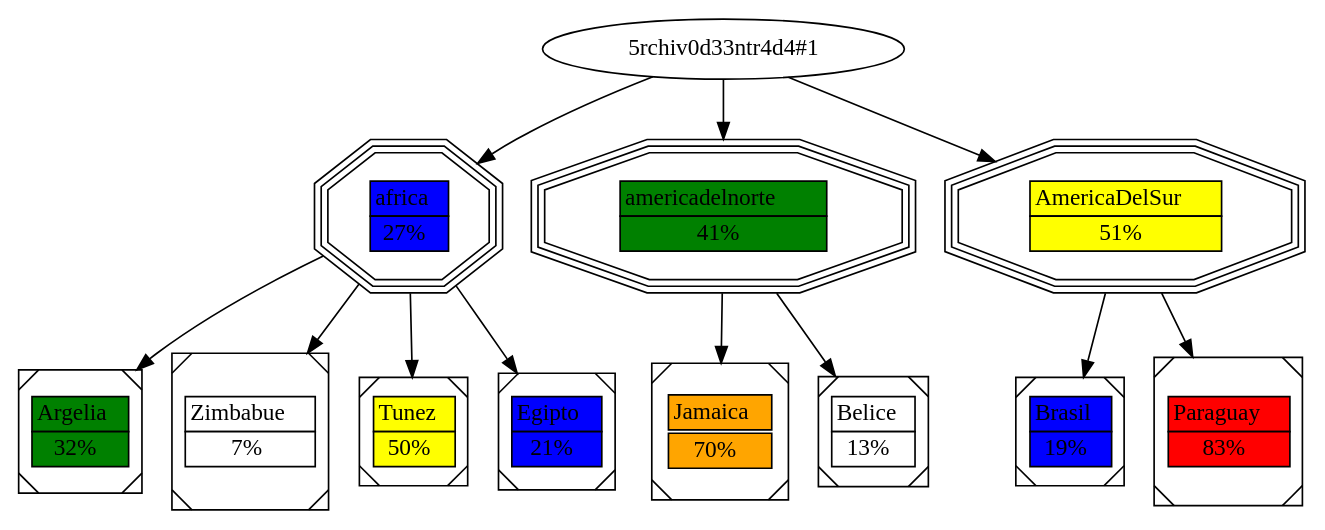
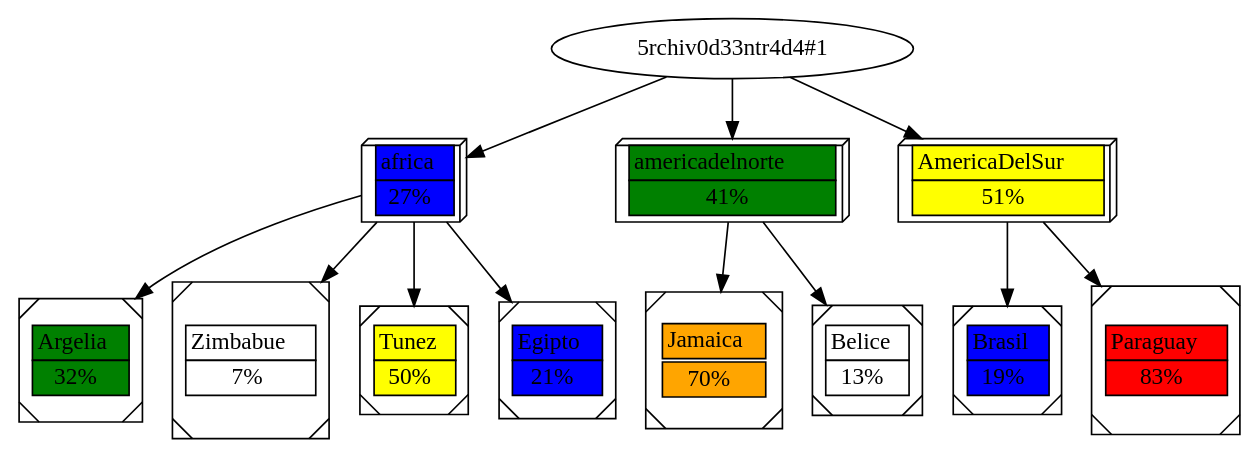
The diagram in graph.dot (C-arl-os/-LFP-2S24Proyectos_202201131), drawn with Graphviz before and after one commit. The commit also changed 267 other files, not shown here.

```diff
--- a/graph.dot
+++ b/graph.dot
@@ -1,32 +1,32 @@
 digraph G {
 "5rchiv0d33ntr4d4#1" -> "africa"
 Argelia[label=<<table border="0" cellborder="1" cellspacing="0"><tr><td bgcolor="green">Argelia</td></tr><tr><td bgcolor="green">32%</td></tr></table>>, shape=Msquare];
 africa -> Argelia
 
 Zimbabue[label=<<table border="0" cellborder="1" cellspacing="0"><tr><td bgcolor="white">Zimbabue</td></tr><tr><td bgcolor="white">7%</td></tr></table>>, shape=Msquare];
 africa -> Zimbabue
 
 Tunez[label=<<table border="0" cellborder="1" cellspacing="0"><tr><td bgcolor="yellow">Tunez</td></tr><tr><td bgcolor="yellow">50%</td></tr></table>>, shape=Msquare];
 africa -> Tunez
 
 Egipto[label=<<table border="0" cellborder="1" cellspacing="0"><tr><td bgcolor="blue">Egipto</td></tr><tr><td bgcolor="blue">21%</td></tr></table>>, shape=Msquare];
 africa -> Egipto
 
-africa[label=<<table border="0" cellborder="1" cellspacing="0"><tr><td bgcolor="blue">africa</td></tr><tr><td bgcolor="blue">27%</td></tr></table>>, shape=tripleoctagon];
+africa[label=<<table border="0" cellborder="1" cellspacing="0"><tr><td bgcolor="blue">africa</td></tr><tr><td bgcolor="blue">27%</td></tr></table>>, shape=box3d];
 "5rchiv0d33ntr4d4#1" -> "americadelnorte"
 Jamaica[label=<<table border="0" cellborder="1" ellspacing="0"><tr><td bgcolor="orange">Jamaica</td></tr><tr><td bgcolor="orange">70%</td></tr></table>>, shape=Msquare];
 americadelnorte -> Jamaica
 
 Belice[label=<<table border="0" cellborder="1" cellspacing="0"><tr><td bgcolor="white">Belice</td></tr><tr><td bgcolor="white">13%</td></tr></table>>, shape=Msquare];
 americadelnorte -> Belice
 
-americadelnorte[label=<<table border="0" cellborder="1" cellspacing="0"><tr><td bgcolor="green">americadelnorte</td></tr><tr><td bgcolor="green">41%</td></tr></table>>, shape=tripleoctagon];
+americadelnorte[label=<<table border="0" cellborder="1" cellspacing="0"><tr><td bgcolor="green">americadelnorte</td></tr><tr><td bgcolor="green">41%</td></tr></table>>, shape=box3d];
 "5rchiv0d33ntr4d4#1" -> "AmericaDelSur"
 Brasil[label=<<table border="0" cellborder="1" cellspacing="0"><tr><td bgcolor="blue">Brasil</td></tr><tr><td bgcolor="blue">19%</td></tr></table>>, shape=Msquare];
 AmericaDelSur -> Brasil
 
 Paraguay[label=<<table border="0" cellborder="1" cellspacing="0"><tr><td bgcolor="red">Paraguay</td></tr><tr><td bgcolor="red">83%</td></tr></table>>, shape=Msquare];
 AmericaDelSur -> Paraguay
 
-AmericaDelSur[label=<<table border="0" cellborder="1" cellspacing="0"><tr><td bgcolor="yellow">AmericaDelSur</td></tr><tr><td bgcolor="yellow">51%</td></tr></table>>, shape=tripleoctagon];
+AmericaDelSur[label=<<table border="0" cellborder="1" cellspacing="0"><tr><td bgcolor="yellow">AmericaDelSur</td></tr><tr><td bgcolor="yellow">51%</td></tr></table>>, shape=box3d];
 }
```
